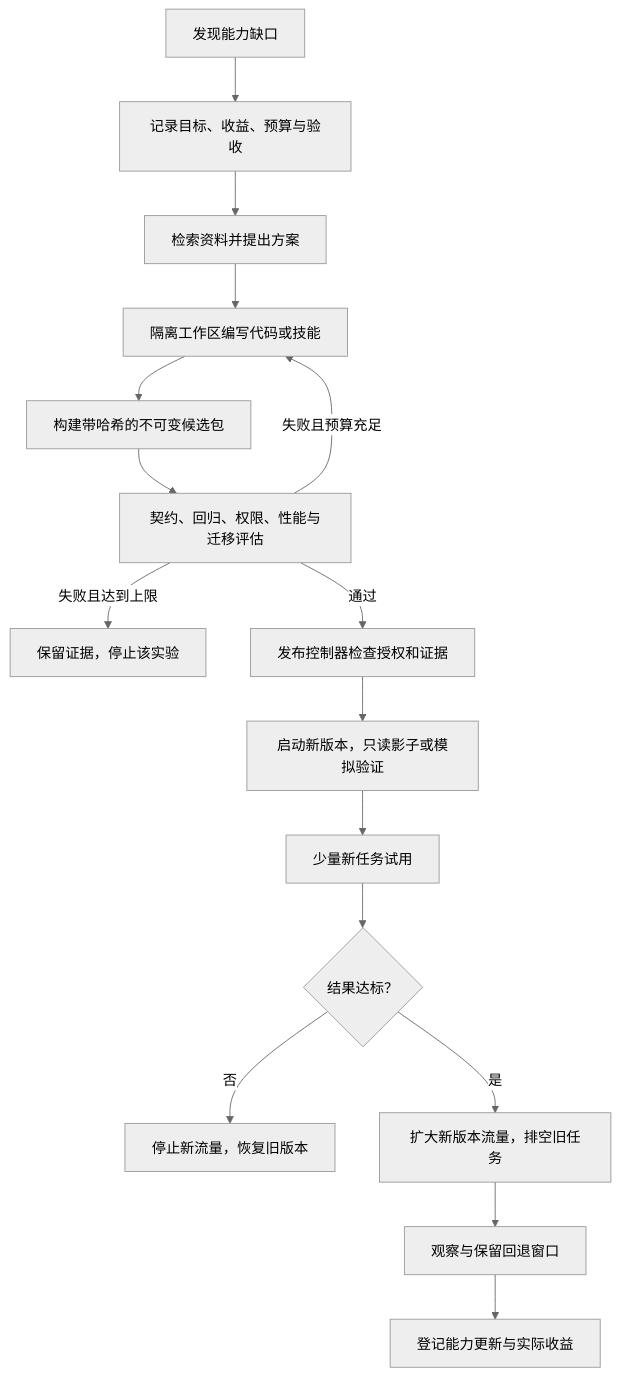
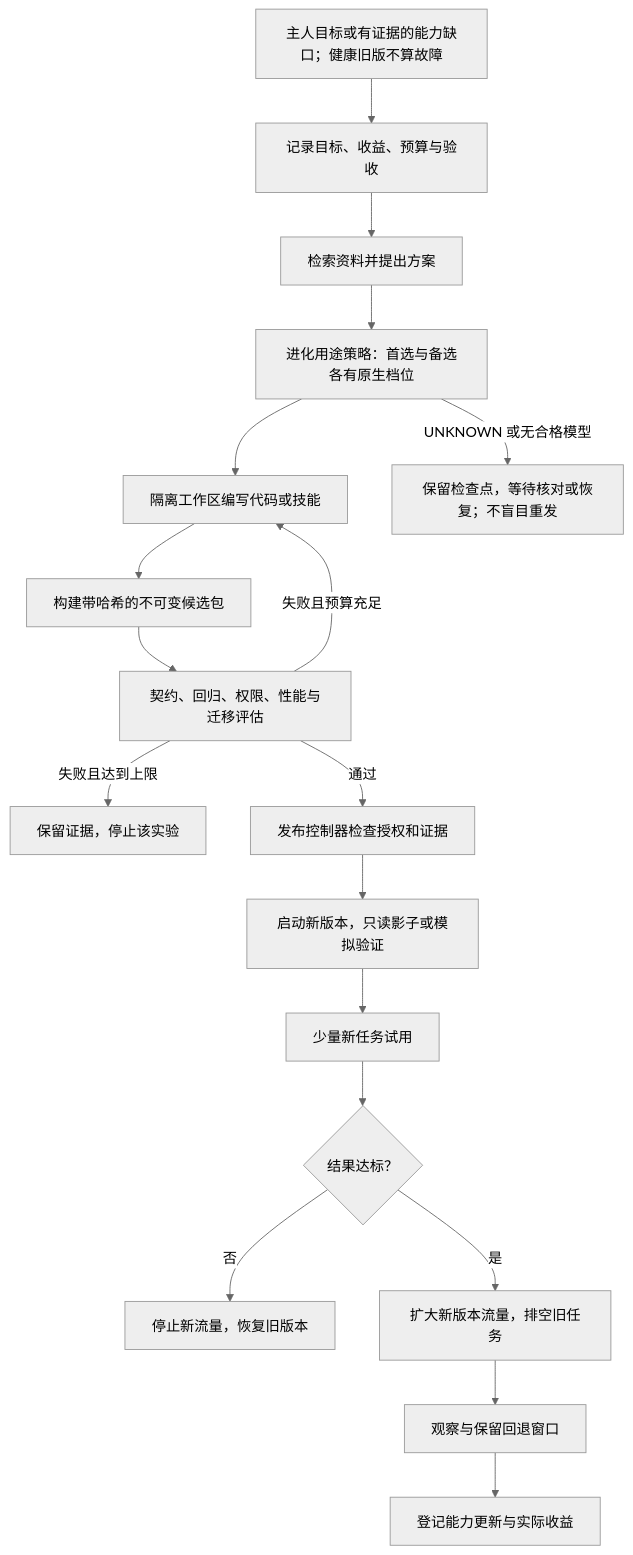
The diagram in docs/diagrams/evolution-pipeline.mmd (Samuel521199/JarvisSystem), drawn with Mermaid (neutral theme) before and after one commit. The commit also changed 693 other files, not shown here.

```diff
--- a/docs/diagrams/evolution-pipeline.mmd
+++ b/docs/diagrams/evolution-pipeline.mmd
@@ -1,16 +1,18 @@
 flowchart TD
-    A["发现能力缺口"] --> B["记录目标、收益、预算与验收"]
+    A["主人目标或有证据的能力缺口；健康旧版不算故障"] --> B["记录目标、收益、预算与验收"]
     B --> C["检索资料并提出方案"]
-    C --> D["隔离工作区编写代码或技能"]
+    C --> Route["进化用途策略：首选与备选各有原生档位"]
+    Route --> D["隔离工作区编写代码或技能"]
+    Route -->|"UNKNOWN 或无合格模型"| Pending["保留检查点，等待核对或恢复；不盲目重发"]
     D --> E["构建带哈希的不可变候选包"]
     E --> F["契约、回归、权限、性能与迁移评估"]
     F -->|失败且预算充足| D
     F -->|失败且达到上限| X["保留证据，停止该实验"]
     F -->|通过| G["发布控制器检查授权和证据"]
     G --> H["启动新版本，只读影子或模拟验证"]
     H --> I["少量新任务试用"]
     I --> J{"结果达标？"}
     J -->|否| K["停止新流量，恢复旧版本"]
     J -->|是| L["扩大新版本流量，排空旧任务"]
     L --> M["观察与保留回退窗口"]
     M --> N["登记能力更新与实际收益"]
```
